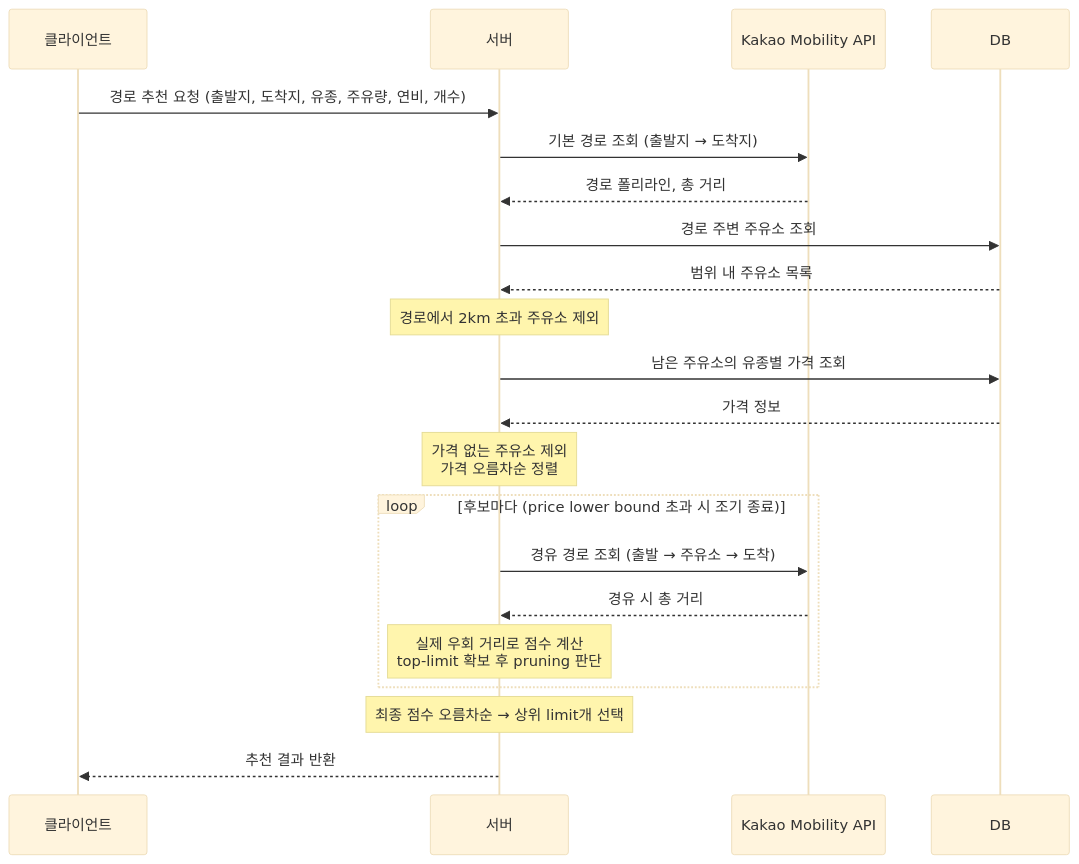
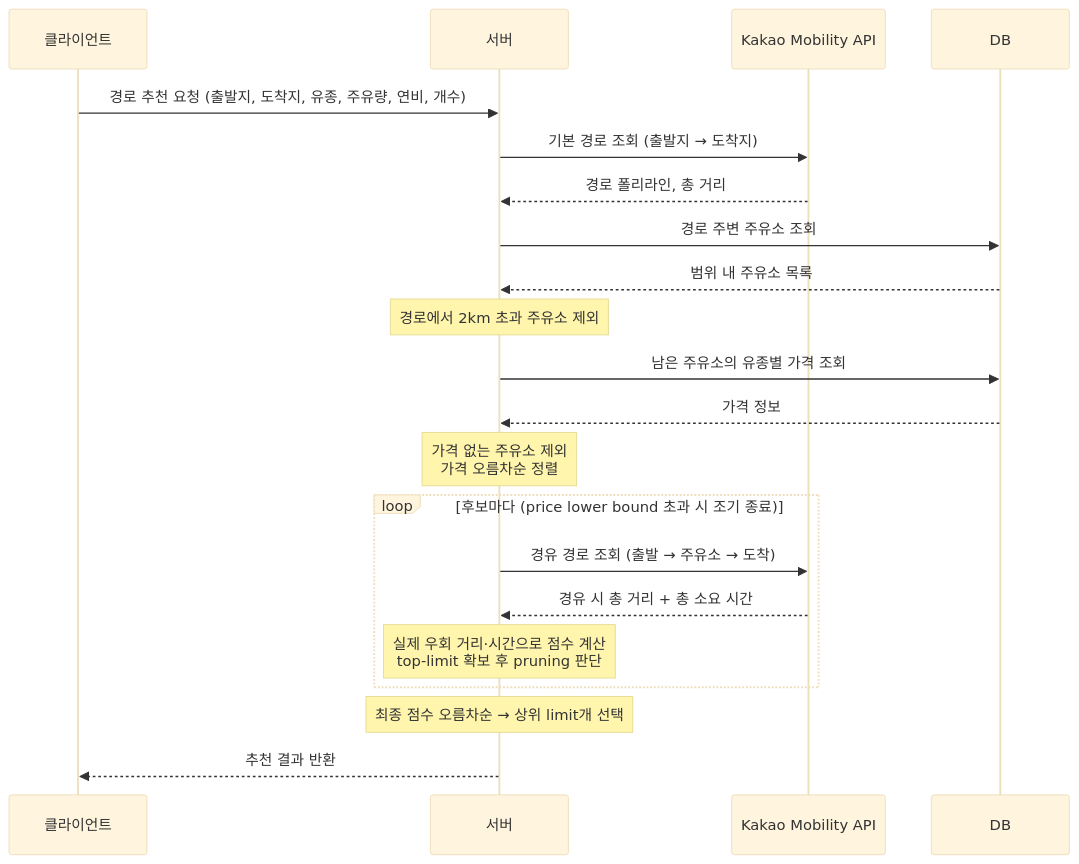
The third of 4 diagrams in docs/recommendation-flow.md (m-a-king/location-based-gas-station-recommendation), drawn with Mermaid (base theme) before and after one commit. The commit also changed other lines of this file, not shown here.

````diff
--- a/docs/recommendation-flow.md
+++ b/docs/recommendation-flow.md
@@ -103,29 +105,29 @@
 ```mermaid
 sequenceDiagram
     participant Client as 클라이언트
     participant Server as 서버
     participant Kakao as Kakao Mobility API
     participant DB as DB
 
     Client->>Server: 경로 추천 요청 (출발지, 도착지, 유종, 주유량, 연비, 개수)
 
     Server->>Kakao: 기본 경로 조회 (출발지 → 도착지)
     Kakao-->>Server: 경로 폴리라인, 총 거리
 
     Server->>DB: 경로 주변 주유소 조회
     DB-->>Server: 범위 내 주유소 목록
     Note over Server: 경로에서 2km 초과 주유소 제외
 
     Server->>DB: 남은 주유소의 유종별 가격 조회
     DB-->>Server: 가격 정보
     Note over Server: 가격 없는 주유소 제외<br/>가격 오름차순 정렬
 
     loop 후보마다 (price lower bound 초과 시 조기 종료)
         Server->>Kakao: 경유 경로 조회 (출발 → 주유소 → 도착)
-        Kakao-->>Server: 경유 시 총 거리
-        Note over Server: 실제 우회 거리로 점수 계산<br/>top-limit 확보 후 pruning 판단
+        Kakao-->>Server: 경유 시 총 거리 + 총 소요 시간
+        Note over Server: 실제 우회 거리·시간으로 점수 계산<br/>top-limit 확보 후 pruning 판단
     end
 
     Note over Server: 최종 점수 오름차순 → 상위 limit개 선택
     Server-->>Client: 추천 결과 반환
 ```
````
